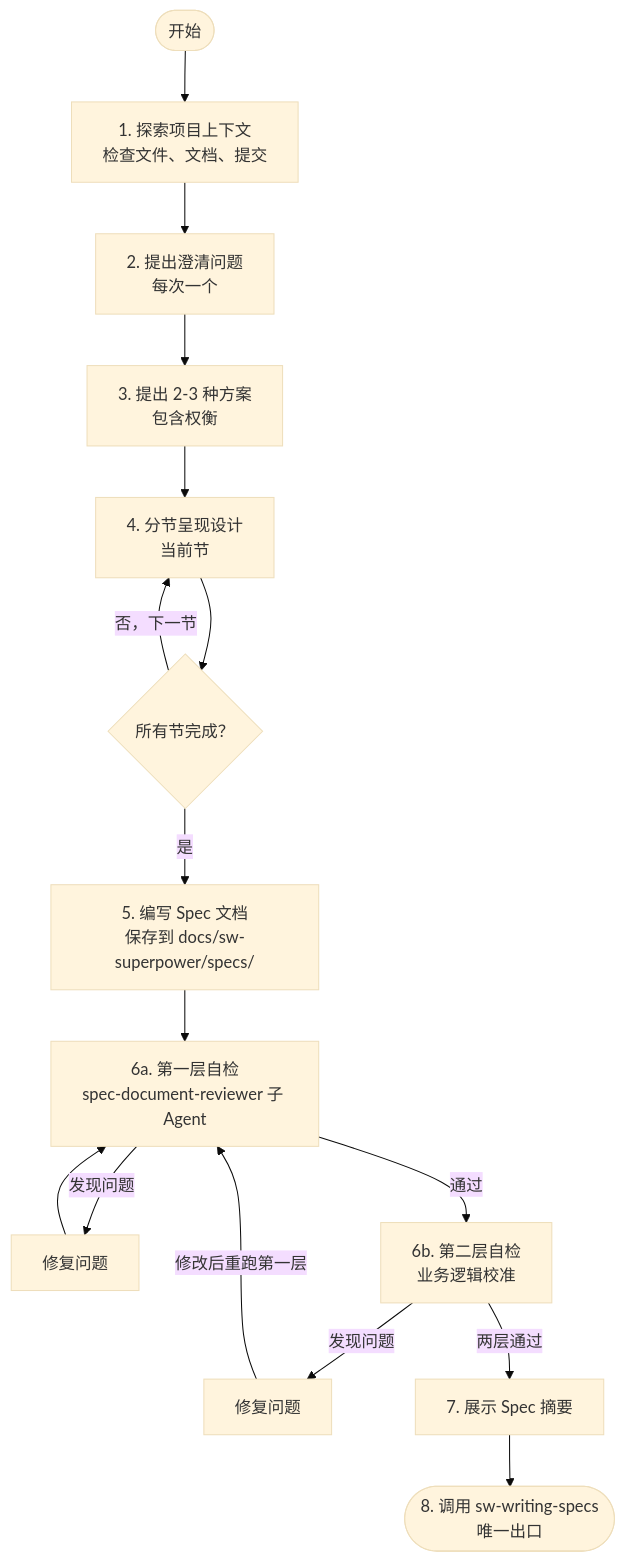
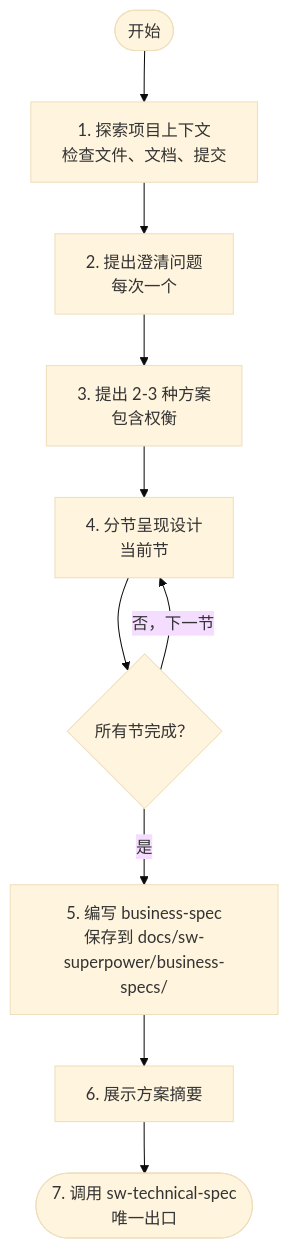
The diagram in sw-brainstorming/SKILL.md (vaycentsun/sw-agiledevelopment), drawn with Mermaid (base theme) before and after one commit. The commit also changed other lines of this file and 17 other files, not shown here.

First line of the commit message:
refactor: split design phase into 3-stage architecture

````diff
--- a/sw-brainstorming/SKILL.md
+++ b/sw-brainstorming/SKILL.md
@@ -64,18 +62,12 @@
 ```mermaid
 flowchart TD
     Start([开始]) --> Explore[1. 探索项目上下文<br/>检查文件、文档、提交]
     Explore --> Questions[2. 提出澄清问题<br/>每次一个]
     Questions --> Approaches[3. 提出 2-3 种方案<br/>包含权衡]
     Approaches --> Present[4. 分节呈现设计<br/>当前节]
     Present --> AllSectionsDone{所有节完成？}
     AllSectionsDone -->|否，下一节| Present
-    AllSectionsDone -->|是| WriteSpec[5. 编写 Spec 文档<br/>保存到 docs/sw-superpower/specs/]
-    WriteSpec --> Layer1Review[6a. 第一层自检<br/>spec-document-reviewer 子 Agent]
-    Layer1Review -->|发现问题| Layer1Fix[修复问题]
-    Layer1Fix --> Layer1Review
-    Layer1Review -->|通过| Layer2Review[6b. 第二层自检<br/>业务逻辑校准]
-    Layer2Review -->|发现问题| Layer2Fix[修复问题]
-    Layer2Fix -->|修改后重跑第一层| Layer1Review
-    Layer2Review -->|两层通过| ShowSummary[7. 展示 Spec 摘要]
-    ShowSummary --> InvokeWriting([8. 调用 sw-writing-specs<br/>唯一出口])
+    AllSectionsDone -->|是| WriteBusinessSpec[5. 编写 business-spec<br/>保存到 docs/sw-superpower/business-specs/]
+    WriteBusinessSpec --> ShowSummary[6. 展示方案摘要]
+    ShowSummary --> InvokeTechnical([7. 调用 sw-technical-spec<br/>唯一出口])
 ```
````
